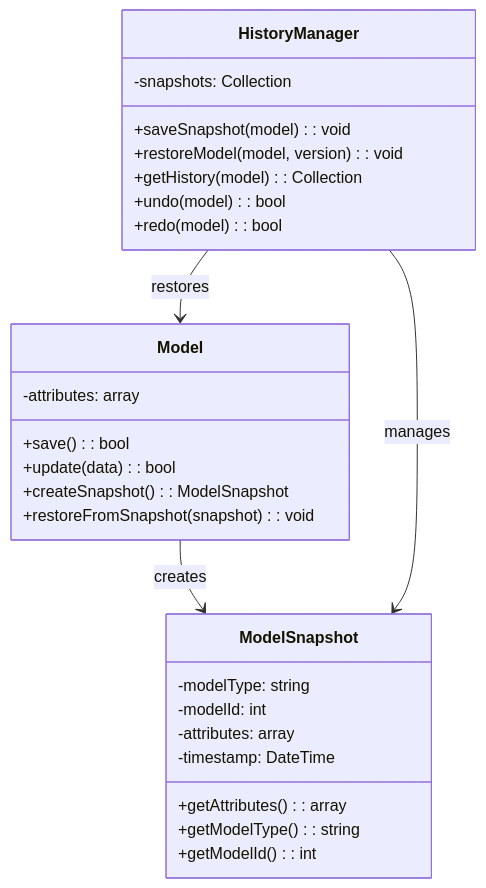
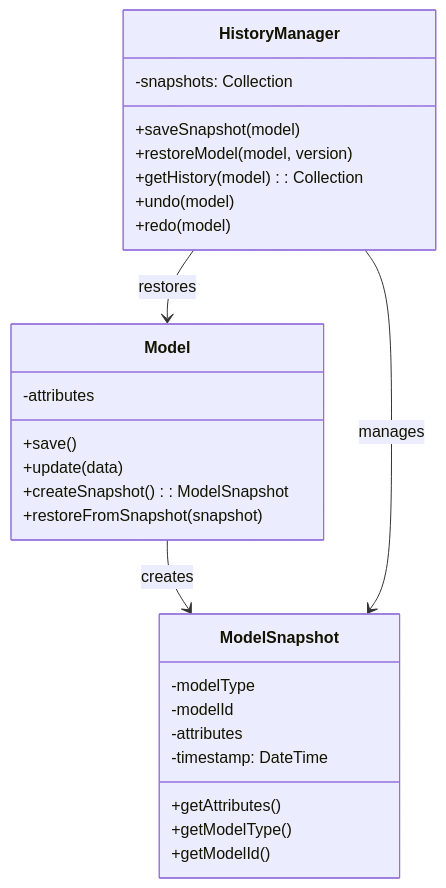
The third of 3 diagrams in resources/design-patterns/laravel/behavioral/memento_en.md (fanly/DesignPattern), drawn with Mermaid before and after one commit. The commit also changed other lines of this file and 103 other files, not shown here.

````diff
--- a/resources/design-patterns/laravel/behavioral/memento_en.md
+++ b/resources/design-patterns/laravel/behavioral/memento_en.md
@@ -67,33 +67,33 @@
 ```mermaid
 classDiagram
     class Model {
-        -attributes: array
-        +save(): bool
-        +update(data): bool
+        -attributes
+        +save()
+        +update(data)
         +createSnapshot(): ModelSnapshot
-        +restoreFromSnapshot(snapshot): void
+        +restoreFromSnapshot(snapshot)
     }
     
     class ModelSnapshot {
-        -modelType: string
-        -modelId: int
-        -attributes: array
+        -modelType
+        -modelId
+        -attributes
         -timestamp: DateTime
-        +getAttributes(): array
-        +getModelType(): string
-        +getModelId(): int
+        +getAttributes()
+        +getModelType()
+        +getModelId()
     }
     
     class HistoryManager {
         -snapshots: Collection
-        +saveSnapshot(model): void
-        +restoreModel(model, version): void
+        +saveSnapshot(model)
+        +restoreModel(model, version)
         +getHistory(model): Collection
-        +undo(model): bool
-        +redo(model): bool
+        +undo(model)
+        +redo(model)
     }
     
     Model --> ModelSnapshot : creates
     HistoryManager --> ModelSnapshot : manages
     HistoryManager --> Model : restores
 ```
````
